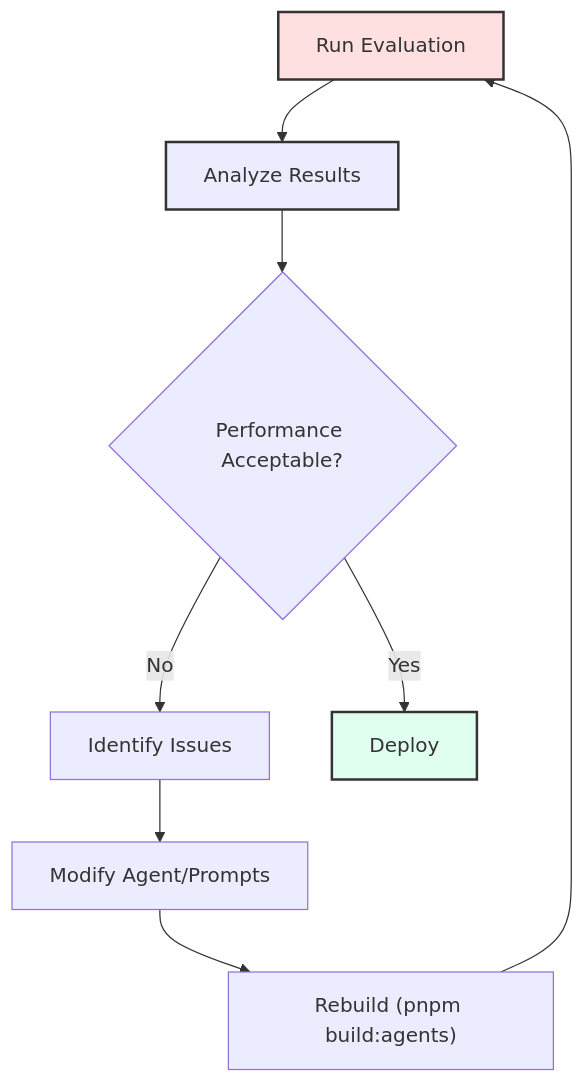
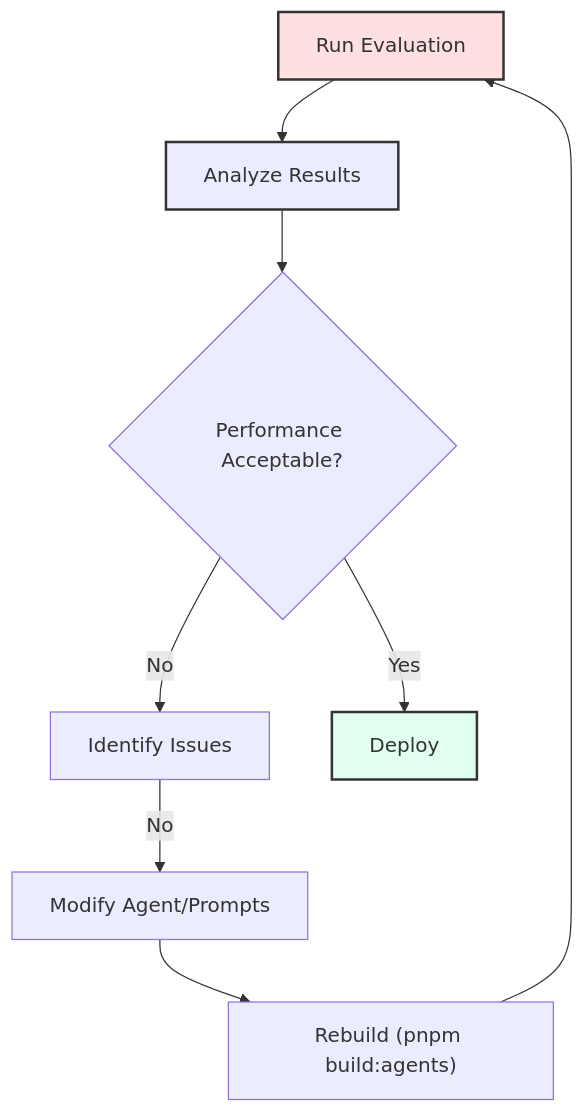
Before and after one commit to yu-iskw/llmops-demo-ts: the second of 2 diagrams in docs/projects/04_advanced_evaluation.md, drawn with Mermaid. The commit also changed other lines of this file and 1 other file, not shown here.

````diff
--- a/docs/projects/04_advanced_evaluation.md
+++ b/docs/projects/04_advanced_evaluation.md
@@ -411,14 +411,14 @@
 ```mermaid
 graph TD
-    A[Run Evaluation] --> B[Analyze Results]
+    A["Run Evaluation"] --> B["Analyze Results"]
     B --> C{Performance Acceptable?}
-    C -->|No| D[Identify Issues]
-    D --> E[Modify Agent/Prompts]
+    C -->|"No"| D["Identify Issues"]
+    D -->|"No"| E["Modify Agent/Prompts"]
     E --> F["Rebuild (pnpm build:agents)"]
     F --> A
-    C -->|Yes| G[Deploy]
+    C -->|"Yes"| G["Deploy"]
 
     style A fill:#FFE0E0,stroke:#333,stroke-width:2px
     style B fill:#ECECFF,stroke:#333,stroke-width:2px
     style G fill:#E0FFEE,stroke:#333,stroke-width:2px
 ```
````
